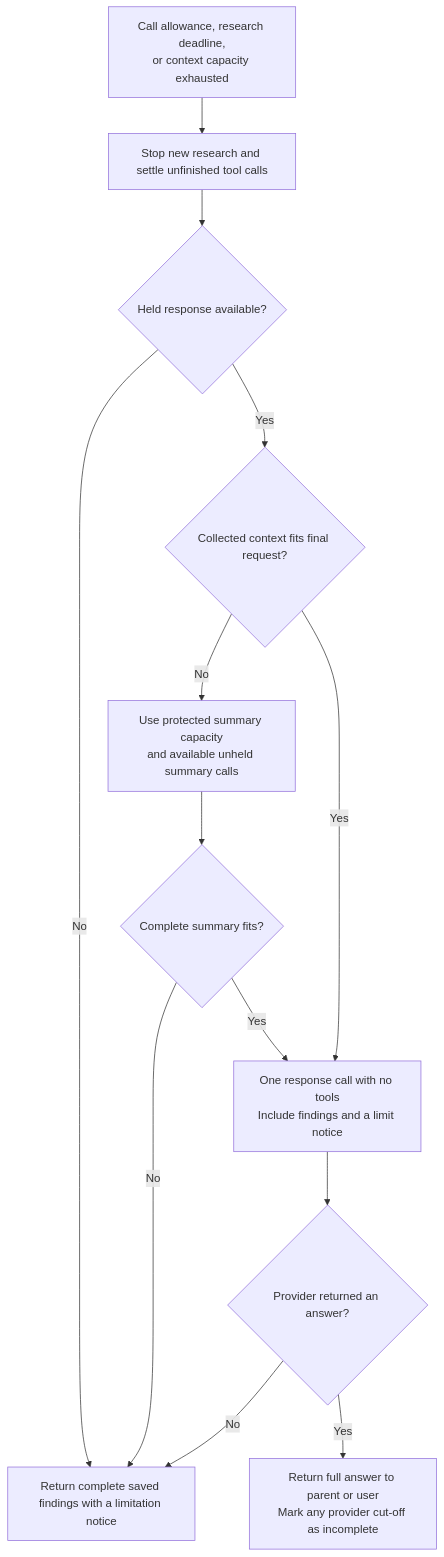
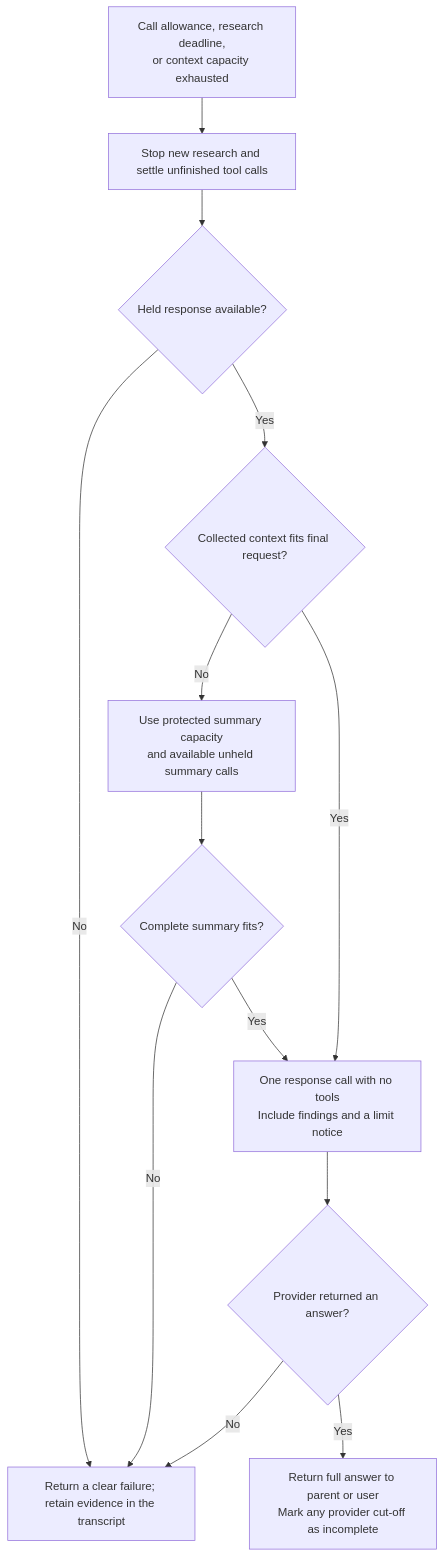
Before and after one commit to parth-shastri/theos: the second of 2 diagrams in docs/runtime/call-budgets.md, drawn with Mermaid. The commit also changed other lines of this file and 32 other files, not shown here.

````diff
--- a/docs/runtime/call-budgets.md
+++ b/docs/runtime/call-budgets.md
@@ -80,15 +80,15 @@
 ```mermaid
 flowchart TD
     Limit["Call allowance, research deadline,<br/>or context capacity exhausted"] --> Close["Stop new research and settle unfinished tool calls"]
     Close --> HeldReply{"Held response available?"}
     HeldReply -->|Yes| Space{"Collected context fits final request?"}
     Space -->|No| HeldSummary["Use protected summary capacity<br/>and available unheld summary calls"]
     HeldSummary --> Fit{"Complete summary fits?"}
     Fit -->|Yes| Reply["One response call with no tools<br/>Include findings and a limit notice"]
     Space -->|Yes| Reply
-    HeldReply -->|No| Saved["Return complete saved findings with a limitation notice"]
+    HeldReply -->|No| Saved["Return a clear failure; retain evidence in the transcript"]
     Fit -->|No| Saved
     Reply --> Success{"Provider returned an answer?"}
     Success -->|No| Saved
     Success -->|Yes| Return["Return full answer to parent or user<br/>Mark any provider cut-off as incomplete"]
 ```
````
